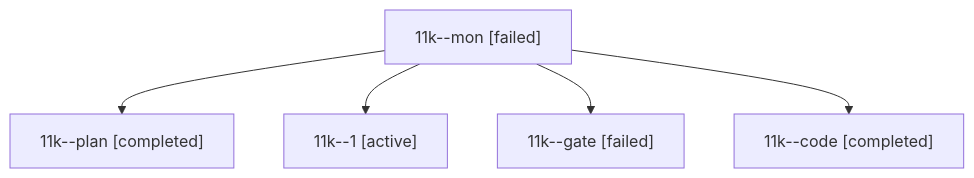
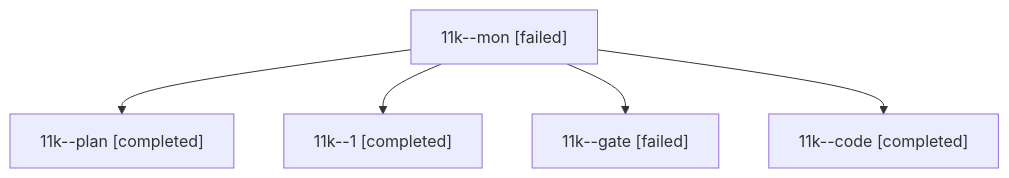
One commit to bobs-org/bob-cli--agents changed the diagram in sessions/bbugyi200.athena.11k.md. Above: the diagram before and after it, drawn with Mermaid. The commit also changed other lines of this file and 37 other files, not shown here.

````diff
--- a/sessions/bbugyi200.athena.11k.md
+++ b/sessions/bbugyi200.athena.11k.md
@@ -9,12 +9,12 @@
 ```mermaid
 flowchart TD
   n0["11k--mon [failed]"]
   n1["11k--plan [completed]"]
   n0 --> n1
-  n2["11k--1 [active]"]
+  n2["11k--1 [completed]"]
   n0 --> n2
   n3["11k--gate [failed]"]
   n0 --> n3
   n4["11k--code [completed]"]
   n0 --> n4
 ```
````
